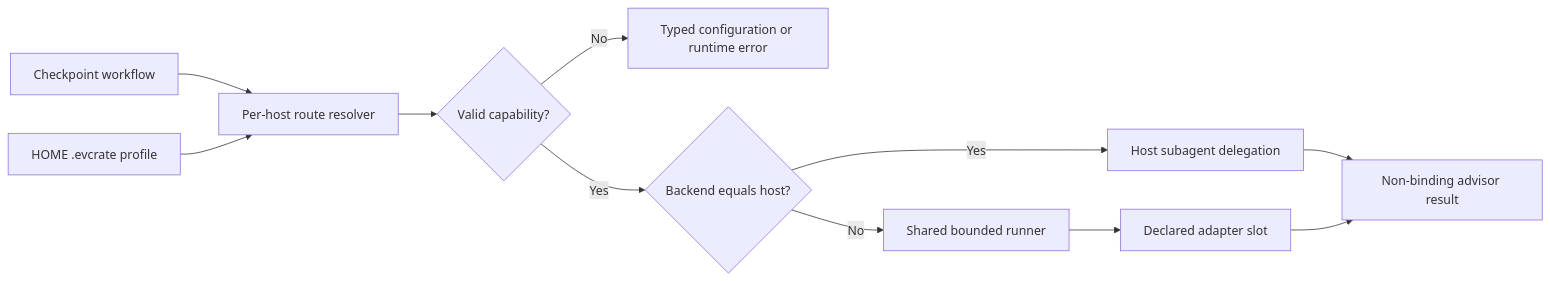
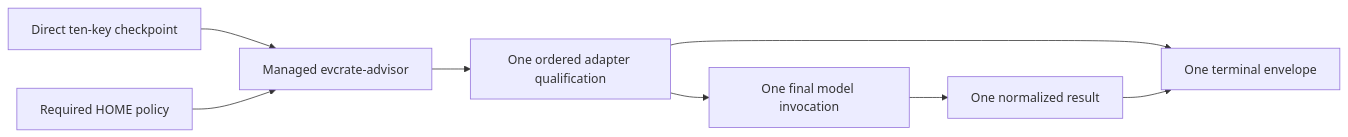
One commit to EigenCrate/evcrate changed the diagram in docs/advisor-distribution-architecture.md. Above: the diagram before and after it, drawn with Mermaid. The commit also changed other lines of this file and 304 other files, not shown here.

````diff
--- a/docs/advisor-distribution-architecture.md
+++ b/docs/advisor-distribution-architecture.md
@@ -216,13 +242,10 @@
 ```mermaid
 flowchart LR
-  Workflow[Checkpoint workflow] --> Resolver[Per-host route resolver]
-  Global[HOME .evcrate profile] --> Resolver
-  Resolver --> Capability{Valid capability?}
-  Capability -->|No| Failure[Typed configuration or runtime error]
-  Capability -->|Yes| Mode{Backend equals host?}
-  Mode -->|Yes| Host[Host subagent delegation]
-  Mode -->|No| Runner[Shared bounded runner]
-  Runner --> Adapter[Declared adapter slot]
-  Host --> Advice[Non-binding advisor result]
-  Adapter --> Advice
+  Checkpoint[Direct ten-key checkpoint] --> Controller[Managed evcrate-advisor]
+  Policy[Required HOME policy] --> Controller
+  Controller --> Probes[One ordered adapter qualification]
+  Probes --> Final[One final model invocation]
+  Probes --> Envelope[Controller failure envelope]
+  Final --> Normalize[One normalized result]
+  Normalize --> Envelope[One terminal envelope]
 ```
````
